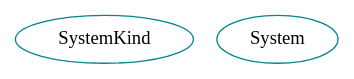
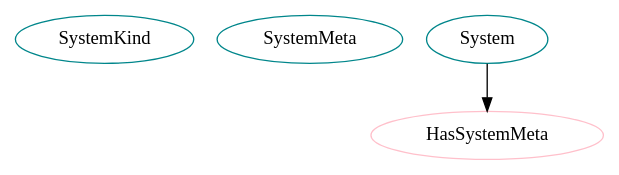
Before and after one commit to JacquesCarette/Drasil: the diagram in analysis/ClassInstDep/packagegraphs/system.dot, drawn with Graphviz. The commit also changed 516 other files, not shown here.

```diff
--- a/analysis/ClassInstDep/packagegraphs/system.dot
+++ b/analysis/ClassInstDep/packagegraphs/system.dot
@@ -1,4 +1,7 @@
 digraph system{
 SystemKind	[shape=oval, color=turquoise4, label="SystemKind"];
+SystemMeta	[shape=oval, color=turquoise4, label="SystemMeta"];
 System	[shape=oval, color=turquoise4, label="System"];
+HasSystemMeta	[shape=oval, color=pink, label="HasSystemMeta"];
+System -> HasSystemMeta;
 }
```
